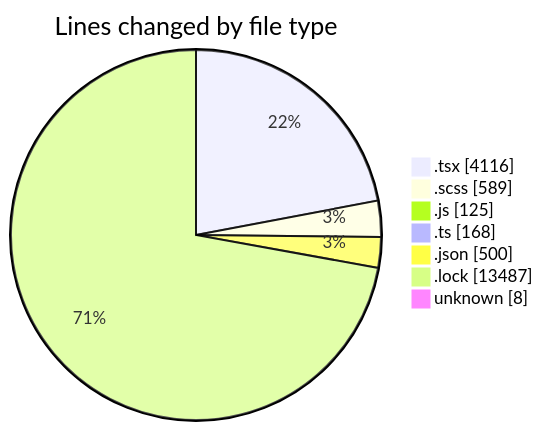
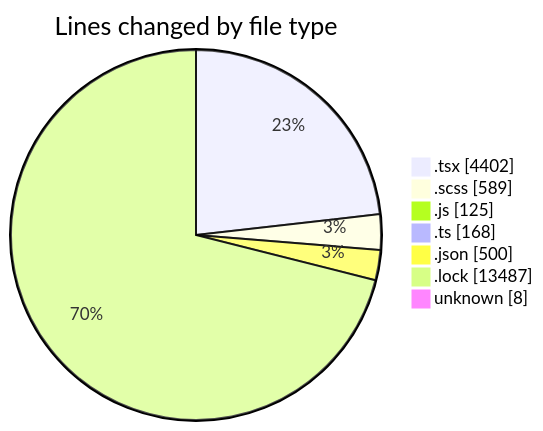
One commit to momahboobian/code-tracking changed the first of 2 diagrams in 2026-04-24/cda/README.md. Above: the diagram before and after it, drawn with Mermaid. The commit also changed other lines of this file and 1 other file, not shown here.

````diff
--- a/2026-04-24/cda/README.md
+++ b/2026-04-24/cda/README.md
@@ -49,11 +49,11 @@
 ```mermaid
 pie showData
 title Lines changed by file type
-".tsx" : 4116
+".tsx" : 4402
 ".scss" : 589
 ".js" : 125
 ".ts" : 168
 ".json" : 500
 ".lock" : 13487
 "unknown" : 8
 ```
````
